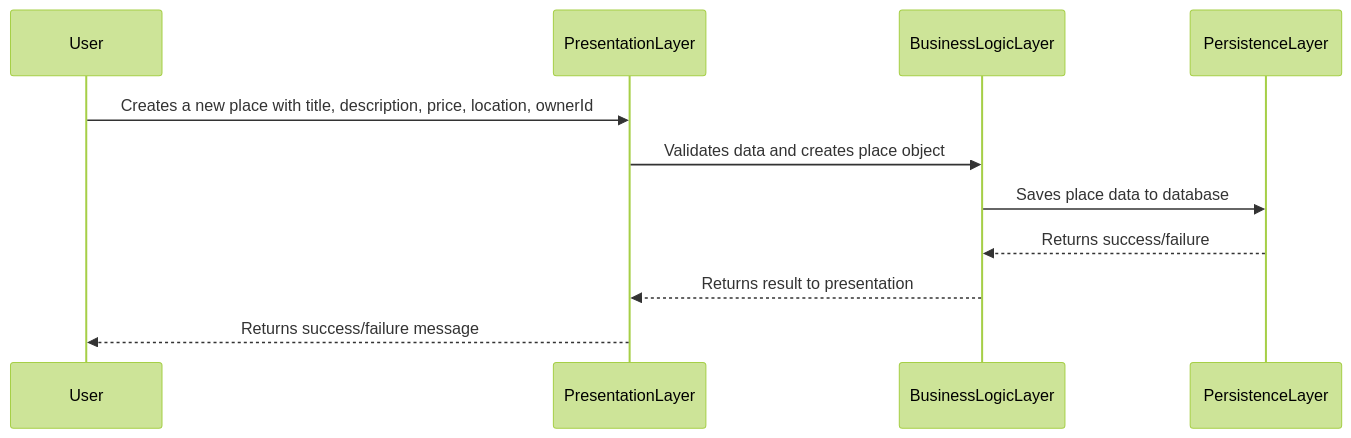
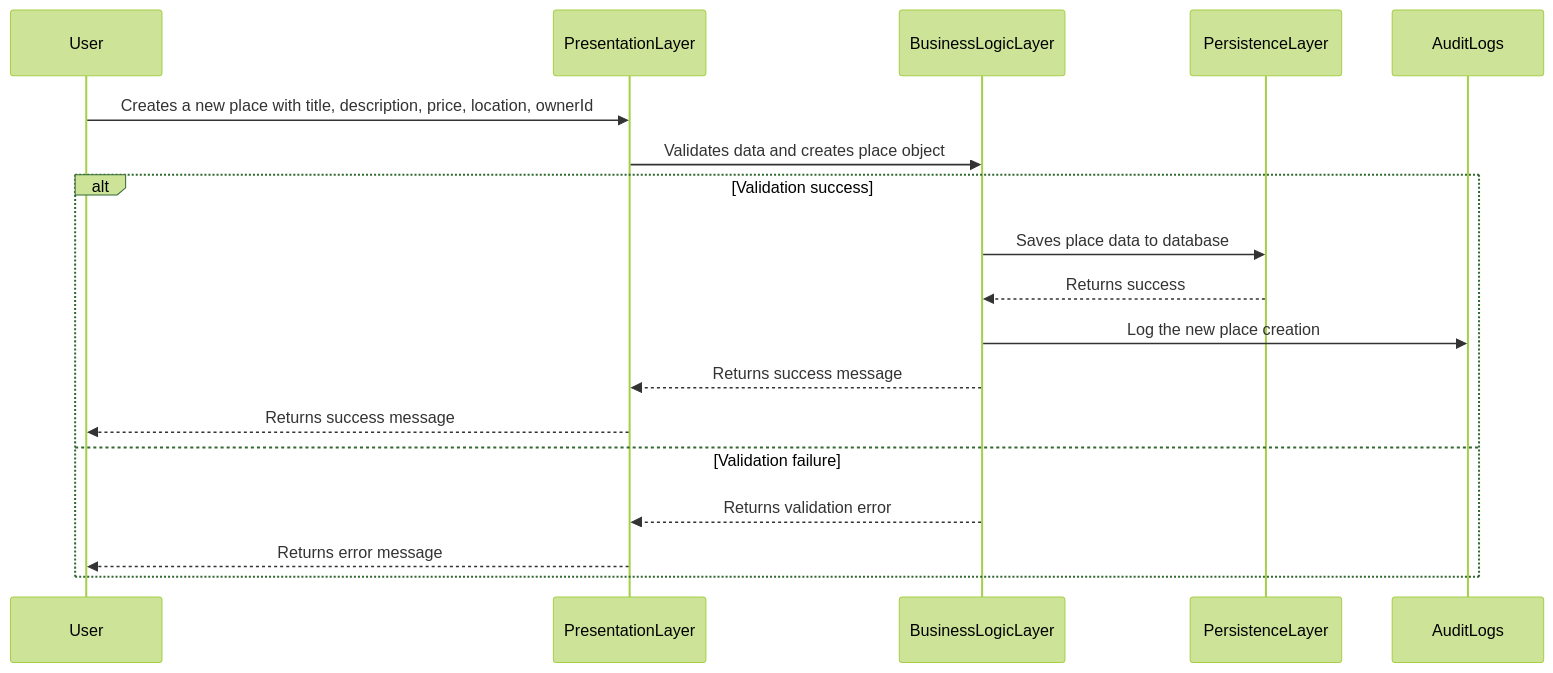
Before and after one commit to Maniok19/holbertonschool-hbnb: the diagram in SequenceDiagramPlaceCreation.mmd, drawn with Mermaid (forest theme).

Commit message:
Enhance sequence diagram for place creation to include validation handling and logging for success and failure scenarios

```diff
--- a/SequenceDiagramPlaceCreation.mmd
+++ b/SequenceDiagramPlaceCreation.mmd
@@ -1,12 +1,19 @@
 sequenceDiagram
   participant User
   participant PresentationLayer
   participant BusinessLogicLayer
   participant PersistenceLayer
 
   User->>PresentationLayer: Creates a new place with title, description, price, location, ownerId
   PresentationLayer->>BusinessLogicLayer: Validates data and creates place object
-  BusinessLogicLayer->>PersistenceLayer: Saves place data to database
-  PersistenceLayer-->>BusinessLogicLayer: Returns success/failure
-  BusinessLogicLayer-->>PresentationLayer: Returns result to presentation
-  PresentationLayer-->>User: Returns success/failure message
+
+  alt Validation success
+    BusinessLogicLayer->>PersistenceLayer: Saves place data to database
+    PersistenceLayer-->>BusinessLogicLayer: Returns success
+    BusinessLogicLayer->>AuditLogs: Log the new place creation
+    BusinessLogicLayer-->>PresentationLayer: Returns success message
+    PresentationLayer-->>User: Returns success message
+  else Validation failure
+    BusinessLogicLayer-->>PresentationLayer: Returns validation error
+    PresentationLayer-->>User: Returns error message
+  end
```
